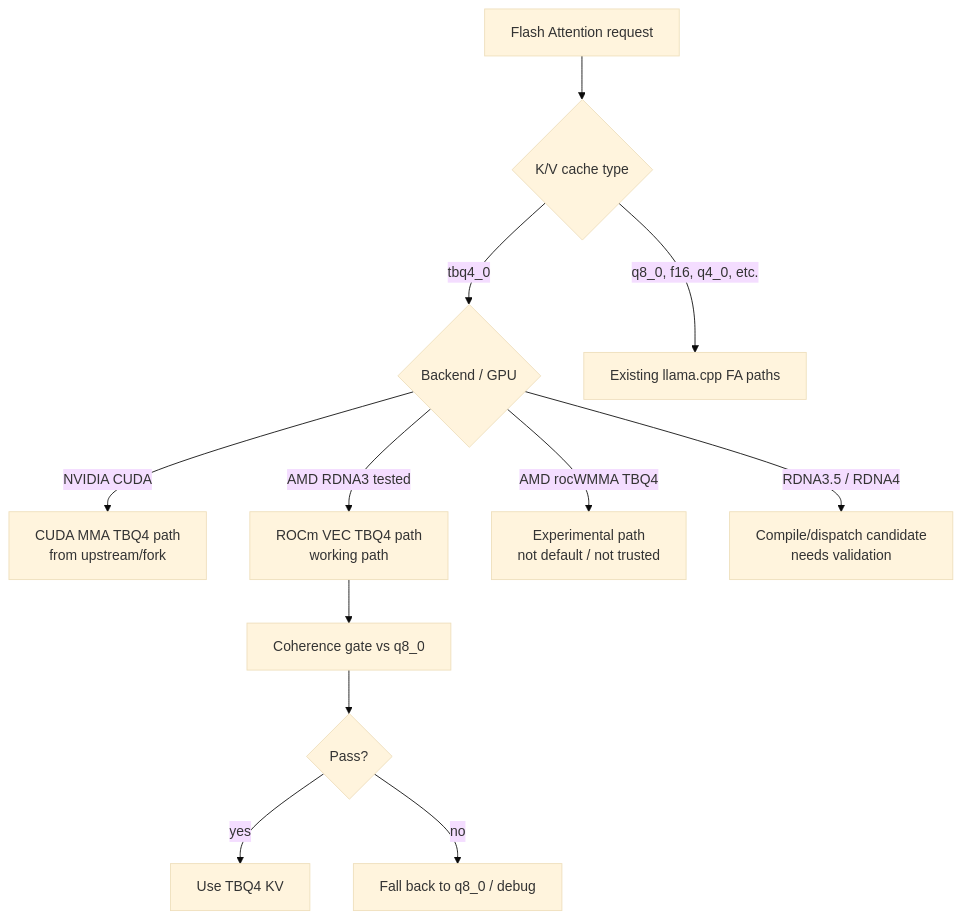
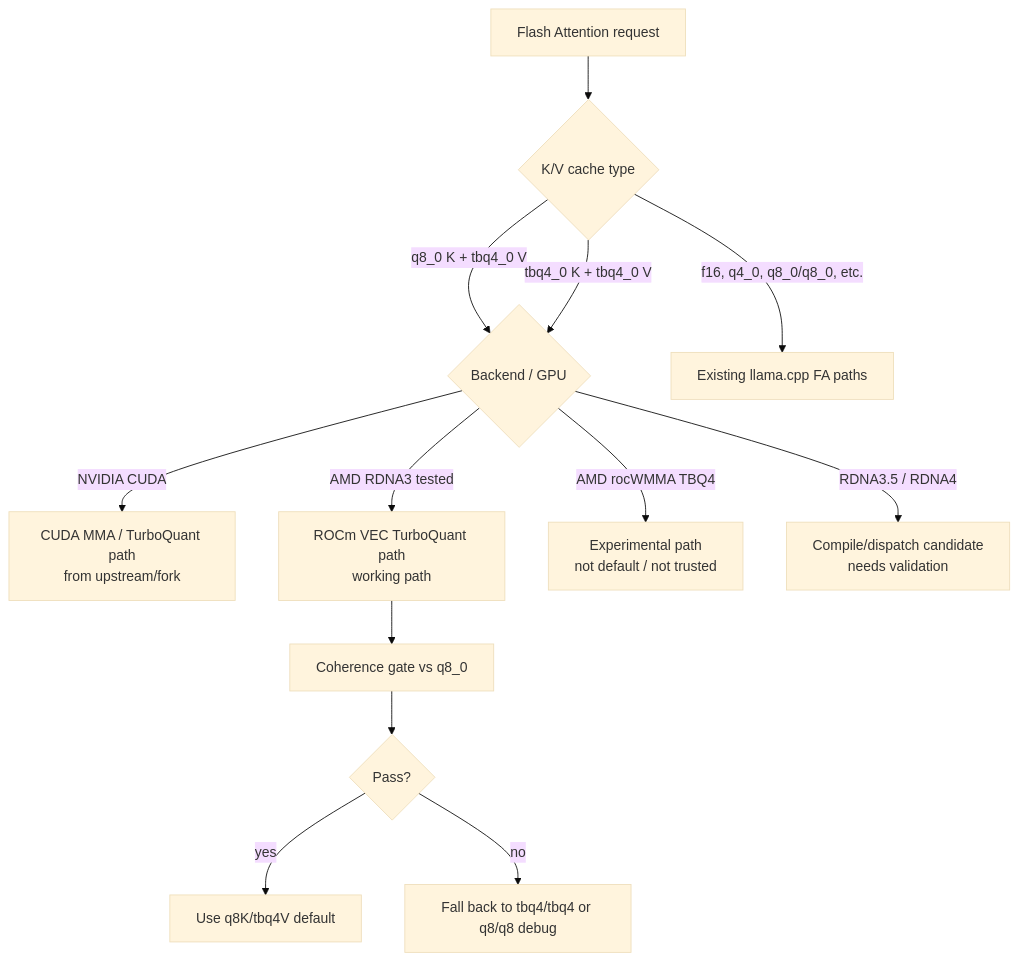
Before and after one commit to DrBearJew/RoxxY: the second of 2 diagrams in README.md, drawn with Mermaid (base theme). The commit also changed other lines of this file and 1 other file, not shown here.

Commit message:
docs: promote q8K tbq4V ROCm defaults

````diff
--- a/README.md
+++ b/README.md
@@ -186,17 +193,18 @@
 ```mermaid
 flowchart TD
     A[Flash Attention request] --> B{K/V cache type}
 
-    B -->|tbq4_0| C{Backend / GPU}
-    B -->|q8_0, f16, q4_0, etc.| D[Existing llama.cpp FA paths]
+    B -->|q8_0 K + tbq4_0 V| C{Backend / GPU}
+    B -->|tbq4_0 K + tbq4_0 V| C
+    B -->|f16, q4_0, q8_0/q8_0, etc.| D[Existing llama.cpp FA paths]
 
-    C -->|NVIDIA CUDA| E[CUDA MMA TBQ4 path<br/>from upstream/fork]
-    C -->|AMD RDNA3 tested| F[ROCm VEC TBQ4 path<br/>working path]
+    C -->|NVIDIA CUDA| E[CUDA MMA / TurboQuant path<br/>from upstream/fork]
+    C -->|AMD RDNA3 tested| F[ROCm VEC TurboQuant path<br/>working path]
     C -->|AMD rocWMMA TBQ4| G[Experimental path<br/>not default / not trusted]
     C -->|RDNA3.5 / RDNA4| H[Compile/dispatch candidate<br/>needs validation]
 
     F --> I[Coherence gate vs q8_0]
     I --> J{Pass?}
-    J -->|yes| K[Use TBQ4 KV]
-    J -->|no| L[Fall back to q8_0 / debug]
+    J -->|yes| K[Use q8K/tbq4V default]
+    J -->|no| L[Fall back to tbq4/tbq4 or q8/q8 debug]
 ```
````
